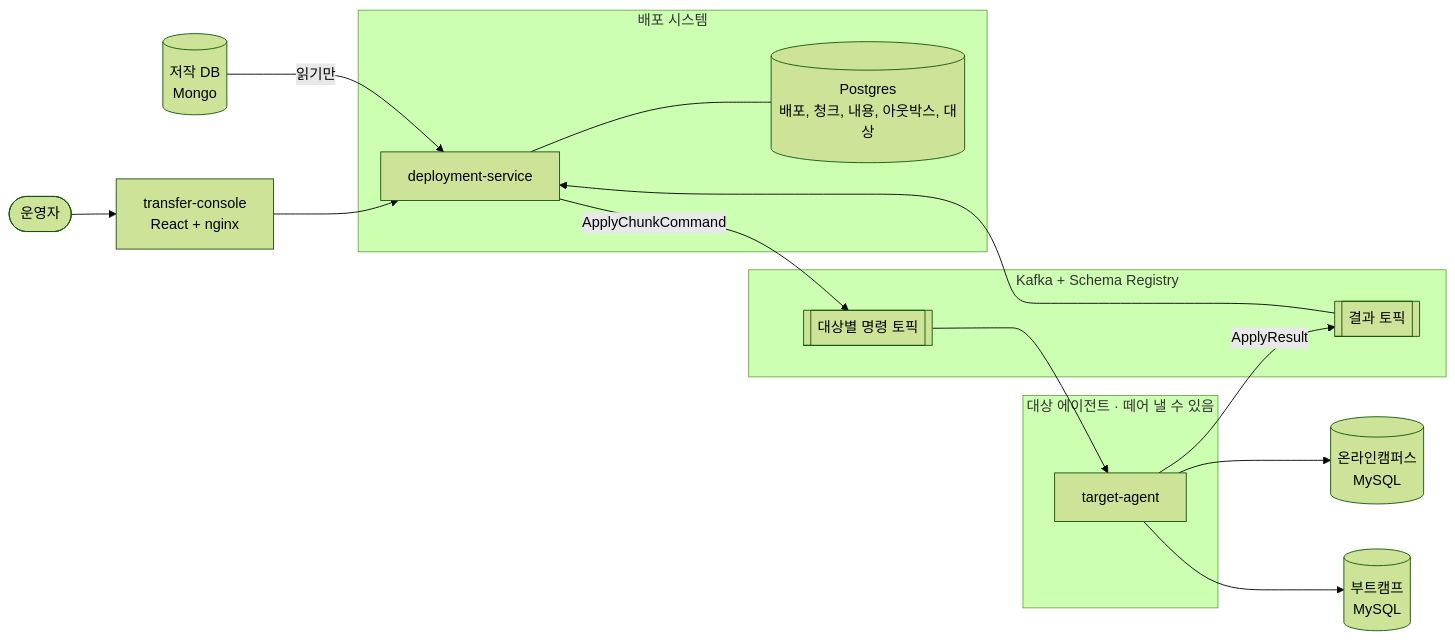
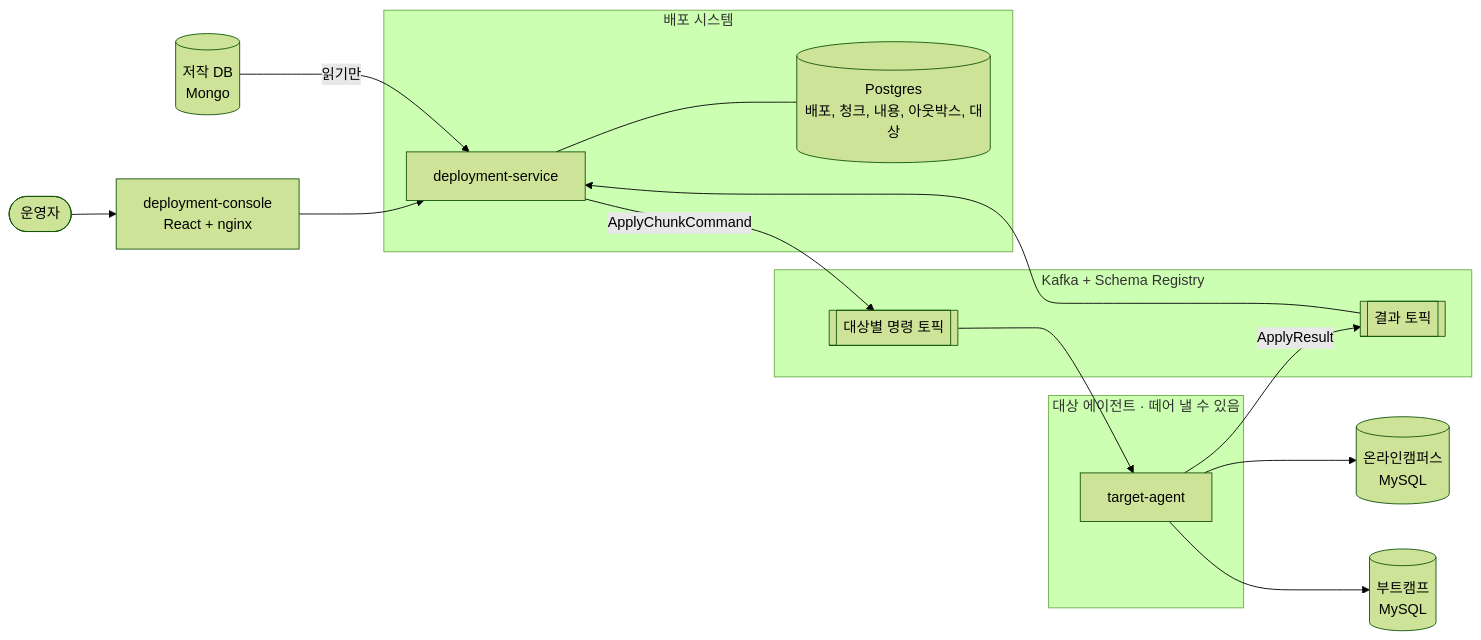
One commit to brunosong/transfersystem changed the diagram in docs/system/architecture.md. Above: the diagram before and after it, drawn with Mermaid (forest theme). The commit also changed other lines of this file and 46 other files, not shown here.

Commit message:
화면 폴더와 이름을 deployment-console 로 바꾼다

````diff
--- a/docs/system/architecture.md
+++ b/docs/system/architecture.md
@@ -9,30 +9,30 @@
 ```mermaid
 flowchart LR
-  OP([운영자]) --> UI[transfer-console<br/>React + nginx]
+  OP([운영자]) --> UI[deployment-console<br/>React + nginx]
   UI --> DS
 
   subgraph DSBOX[배포 시스템]
     DS[deployment-service]
     PG[(Postgres<br/>배포, 청크, 내용, 아웃박스, 대상)]
     DS --- PG
   end
 
   AUTH[(저작 DB<br/>Mongo)] -- 읽기만 --> DS
 
   subgraph KAFKA[Kafka + Schema Registry]
     CMD[[대상별 명령 토픽]]
     RES[[결과 토픽]]
   end
 
   DS -- ApplyChunkCommand --> CMD
   CMD --> AG
   AG -- ApplyResult --> RES
   RES --> DS
 
   subgraph AGBOX[대상 에이전트 · 떼어 낼 수 있음]
     AG[target-agent]
   end
 
   AG --> OC[(온라인캠퍼스<br/>MySQL)]
   AG --> BC[(부트캠프<br/>MySQL)]
 ```
````
